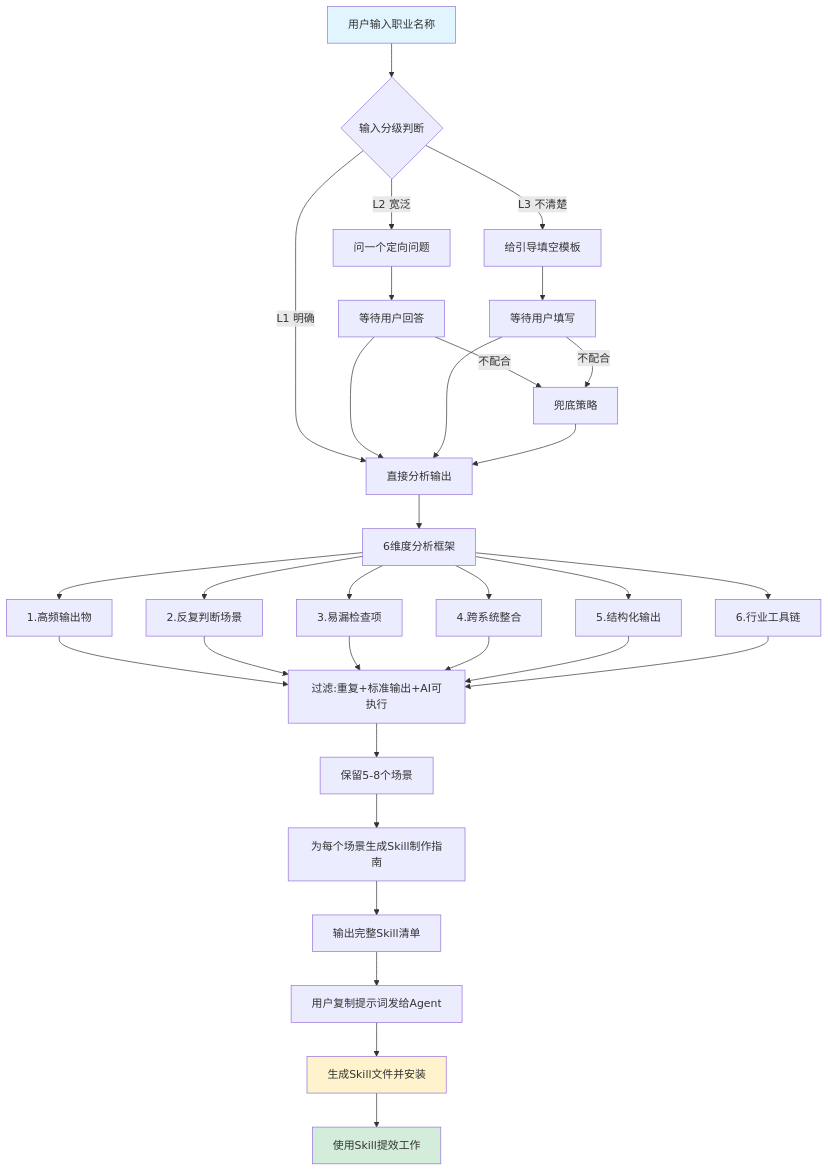
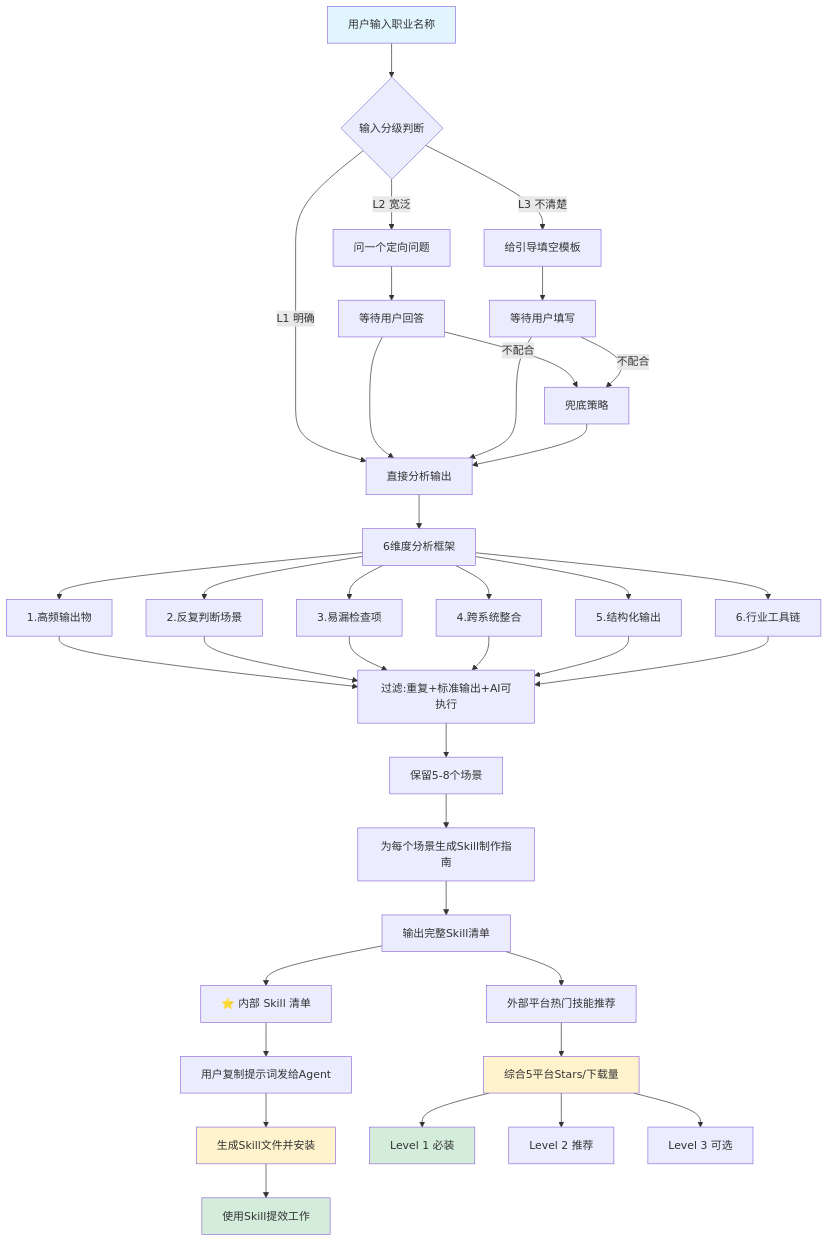
The diagram in README.md (luomeng119/career-skill-planner), drawn with Mermaid before and after one commit.

Commit message:
docs: README 全面整理 — 流程图增加外部推荐、章节重排序、去重

````diff
--- a/README.md
+++ b/README.md
@@ -49,40 +49,50 @@
 ```mermaid
 flowchart TD
     A[用户输入职业名称] --> B{输入分级判断}
     B -->|L1 明确| C[直接分析输出]
     B -->|L2 宽泛| D[问一个定向问题]
     D --> E[等待用户回答]
     E --> C
     B -->|L3 不清楚| F[给引导填空模板]
     F --> G[等待用户填写]
     G --> C
     E -->|不配合| H[兜底策略]
     G -->|不配合| H
     H --> C
     
     C --> I[6维度分析框架]
     I --> I1[1.高频输出物]
     I --> I2[2.反复判断场景]
     I --> I3[3.易漏检查项]
     I --> I4[4.跨系统整合]
     I --> I5[5.结构化输出]
     I --> I6[6.行业工具链]
     
     I1 --> J[过滤:重复+标准输出+AI可执行]
     I2 --> J
     I3 --> J
     I4 --> J
     I5 --> J
     I6 --> J
     
     J --> K[保留5-8个场景]
     K --> L[为每个场景生成Skill制作指南]
     L --> M[输出完整Skill清单]
-    M --> N[用户复制提示词发给Agent]
+    M --> M1[⭐ 内部 Skill 清单]
+    M --> M2[外部平台热门技能推荐]
+    
+    M1 --> N[用户复制提示词发给Agent]
     N --> O[生成Skill文件并安装]
     O --> P[使用Skill提效工作]
+    
+    M2 --> Q[综合5平台Stars/下载量]
+    Q --> R[Level 1 必装]
+    Q --> S[Level 2 推荐]
+    Q --> T[Level 3 可选]
     
     style A fill:#e1f5ff
     style P fill:#d4edda
     style O fill:#fff3cd
+    style Q fill:#fff3cd
+    style R fill:#d4edda
 ```
````
